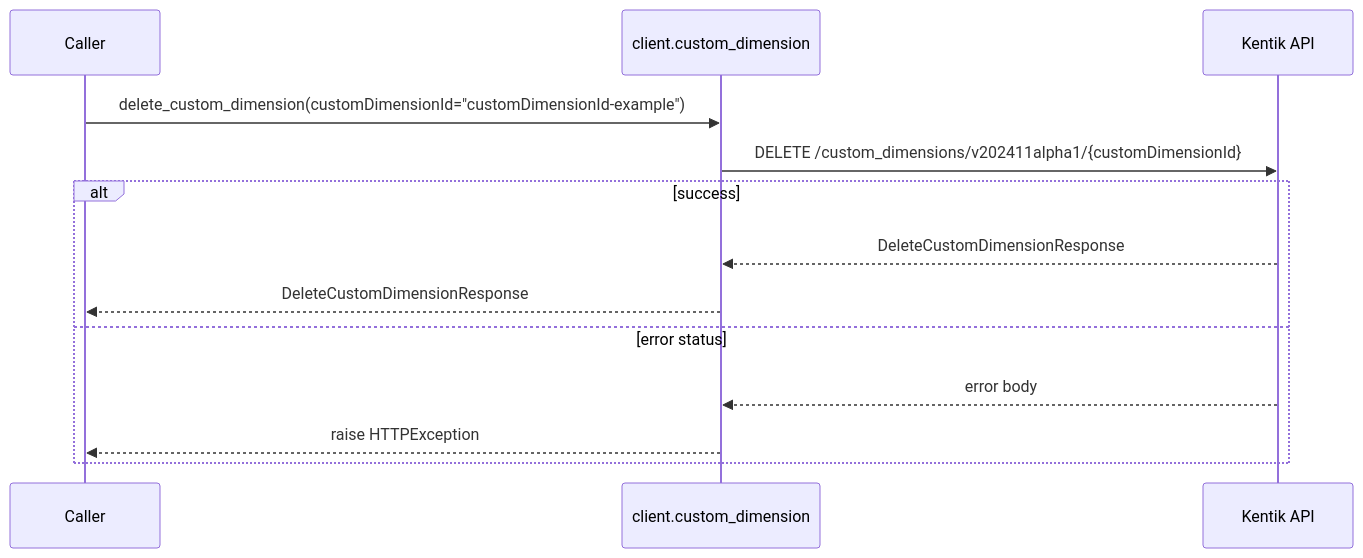
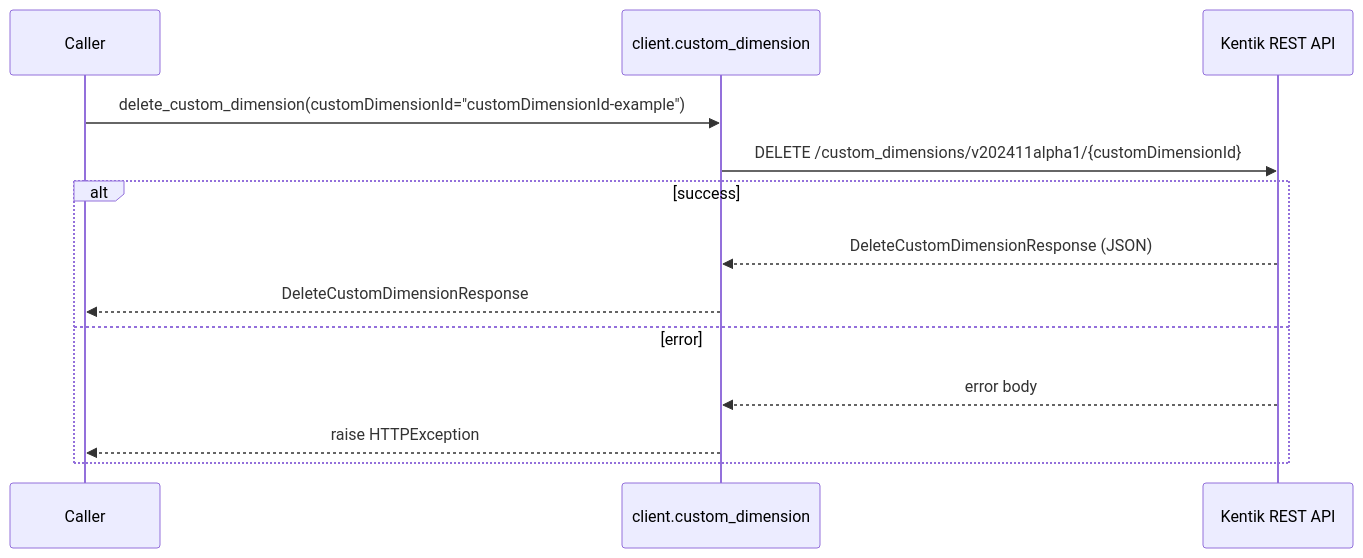
The eighth of 22 diagrams in docs/sphinx/services/custom_dimension.md (alexdearaujo/community_sdk_python), drawn with Mermaid before and after one commit. The commit also changed other lines of this file and 61 other files, not shown here.

````diff
--- a/docs/sphinx/services/custom_dimension.md
+++ b/docs/sphinx/services/custom_dimension.md
@@ -176,16 +253,16 @@
 ```mermaid
 sequenceDiagram
     participant C as Caller
     participant W as client.custom_dimension
-    participant API as Kentik API
+    participant API as Kentik REST API
 
     C->>W: delete_custom_dimension(customDimensionId="customDimensionId-example")
     W->>API: DELETE /custom_dimensions/v202411alpha1/{customDimensionId}
     alt success
-        API-->>W: DeleteCustomDimensionResponse
+        API-->>W: DeleteCustomDimensionResponse (JSON)
         W-->>C: DeleteCustomDimensionResponse
-    else error status
+    else error
         API-->>W: error body
         W-->>C: raise HTTPException
     end
 ```
````
